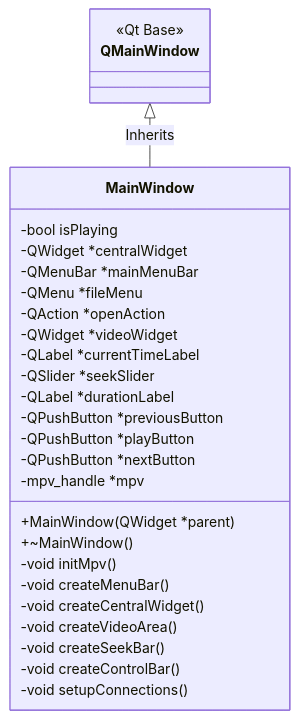
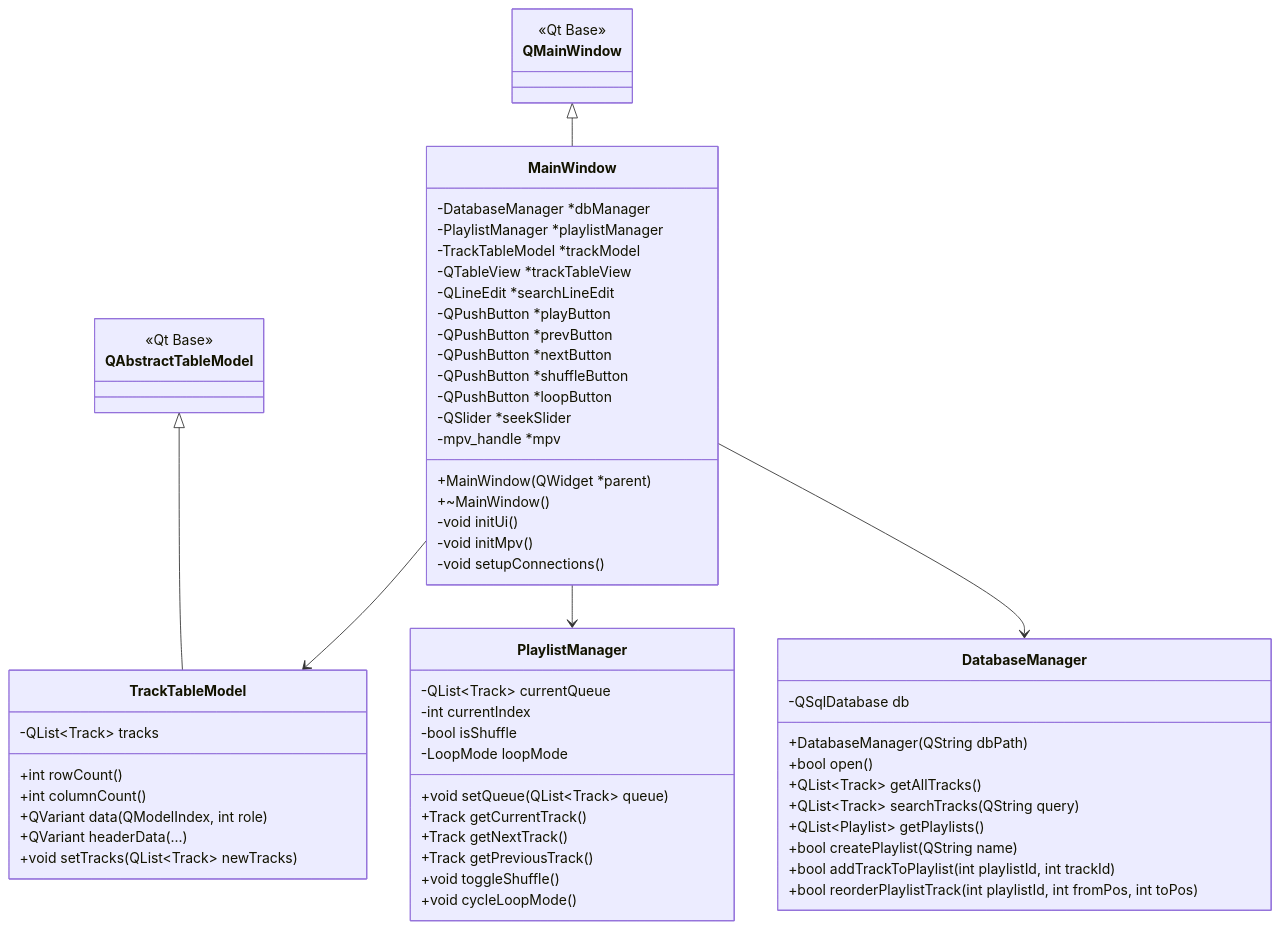
The fifth of 6 diagrams in docs/DESIGN.md (ziq3/music-player), drawn with Mermaid before and after one commit. The commit also changed other lines of this file and 2 other files, not shown here.

Commit message:
docs: change architecture diagrams, AGENTS.md, and SKILLS.md

````diff
--- a/docs/DESIGN.md
+++ b/docs/DESIGN.md
@@ -77,33 +118,70 @@
 ```mermaid
 classDiagram
     class QMainWindow {
         <<Qt Base>>
     }
 
+    class QAbstractTableModel {
+        <<Qt Base>>
+    }
+
     class MainWindow {
-        -bool isPlaying
-        -QWidget *centralWidget
-        -QMenuBar *mainMenuBar
-        -QMenu *fileMenu
-        -QAction *openAction
-        -QWidget *videoWidget
-        -QLabel *currentTimeLabel
+        -DatabaseManager *dbManager
+        -PlaylistManager *playlistManager
+        -TrackTableModel *trackModel
+        -QTableView *trackTableView
+        -QLineEdit *searchLineEdit
+        -QPushButton *playButton
+        -QPushButton *prevButton
+        -QPushButton *nextButton
+        -QPushButton *shuffleButton
+        -QPushButton *loopButton
         -QSlider *seekSlider
-        -QLabel *durationLabel
-        -QPushButton *previousButton
-        -QPushButton *playButton
-        -QPushButton *nextButton
         -mpv_handle *mpv
         +MainWindow(QWidget *parent)
         +~MainWindow()
+        -void initUi()
         -void initMpv()
-        -void createMenuBar()
-        -void createCentralWidget()
-        -void createVideoArea()
-        -void createSeekBar()
-        -void createControlBar()
         -void setupConnections()
     }
 
-    QMainWindow <|-- MainWindow : Inherits
+    class DatabaseManager {
+        -QSqlDatabase db
+        +DatabaseManager(QString dbPath)
+        +bool open()
+        +QList~Track~ getAllTracks()
+        +QList~Track~ searchTracks(QString query)
+        +QList~Playlist~ getPlaylists()
+        +bool createPlaylist(QString name)
+        +bool addTrackToPlaylist(int playlistId, int trackId)
+        +bool reorderPlaylistTrack(int playlistId, int fromPos, int toPos)
+    }
+
+    class TrackTableModel {
+        -QList~Track~ tracks
+        +int rowCount()
+        +int columnCount()
+        +QVariant data(QModelIndex, int role)
+        +QVariant headerData(...)
+        +void setTracks(QList~Track~ newTracks)
+    }
+
+    class PlaylistManager {
+        -QList~Track~ currentQueue
+        -int currentIndex
+        -bool isShuffle
+        -LoopMode loopMode
+        +void setQueue(QList~Track~ queue)
+        +Track getCurrentTrack()
+        +Track getNextTrack()
+        +Track getPreviousTrack()
+        +void toggleShuffle()
+        +void cycleLoopMode()
+    }
+
+    QMainWindow <|-- MainWindow
+    QAbstractTableModel <|-- TrackTableModel
+    MainWindow --> DatabaseManager
+    MainWindow --> PlaylistManager
+    MainWindow --> TrackTableModel
 ```
````
